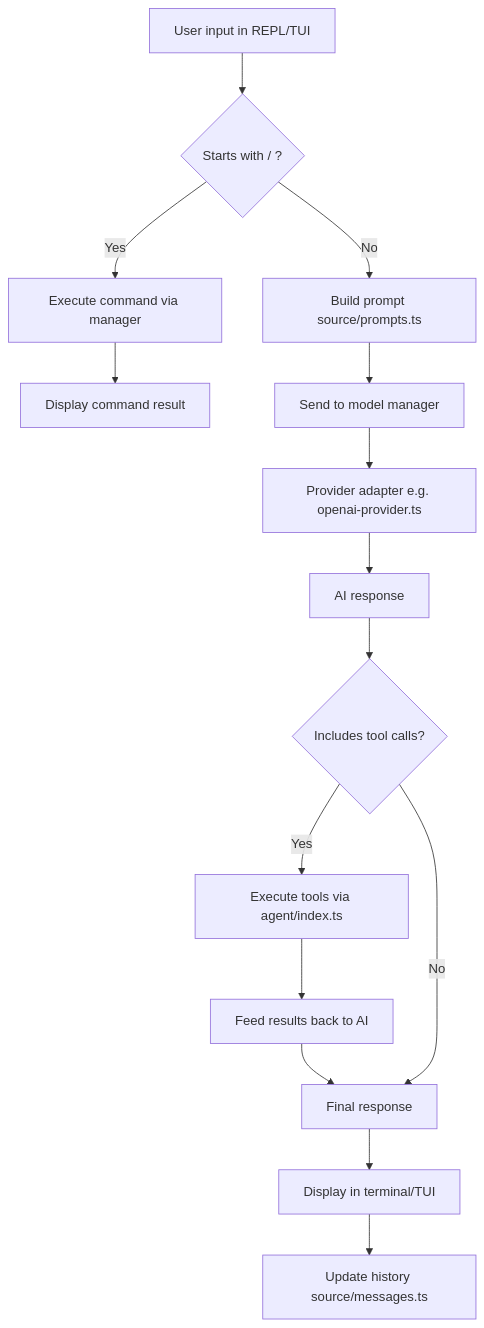
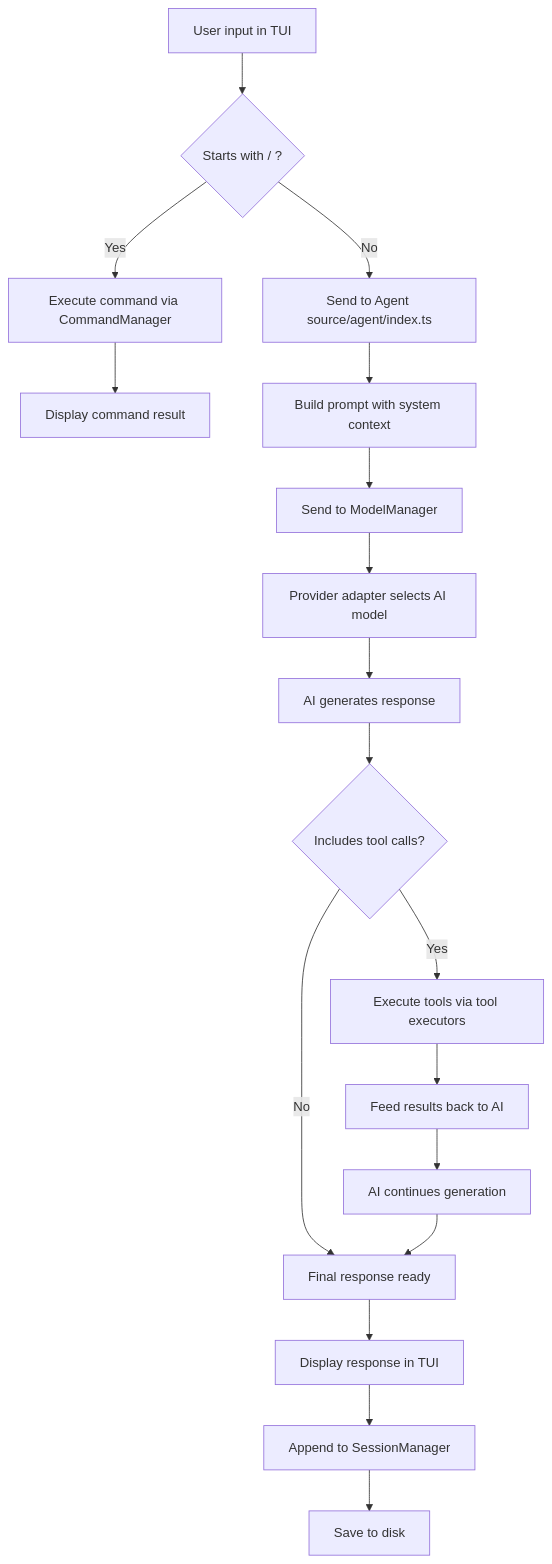
One commit to travisennis/acai-ts changed the second of 7 diagrams in ARCHITECTURE.md. Above: the diagram before and after it, drawn with Mermaid. The commit also changed other lines of this file, not shown here.

First line of the commit message:
docs(architecture): update ARCHITECTURE.md to reflect current project state

````diff
--- a/ARCHITECTURE.md
+++ b/ARCHITECTURE.md
@@ -477,17 +541,20 @@
 ```mermaid
 graph TD
-  A[User input in REPL/TUI] --> B{Starts with / ?}
-  B -->|Yes| C[Execute command via manager]
+  A[User input in TUI] --> B{Starts with / ?}
+  B -->|Yes| C[Execute command via CommandManager]
   C --> D[Display command result]
-  B -->|No| E[Build prompt source/prompts.ts]
-  E --> F[Send to model manager]
-  F --> G[Provider adapter e.g. openai-provider.ts]
-  G --> H[AI response]
-  H --> I{Includes tool calls?}
-  I -->|Yes| J[Execute tools via agent/index.ts]
-  J --> K[Feed results back to AI]
-  K --> L[Final response]
-  I -->|No| L
-  L --> M[Display in terminal/TUI]
-  M --> N[Update history source/messages.ts]
+  B -->|No| E[Send to Agent source/agent/index.ts]
+  E --> F[Build prompt with system context]
+  F --> G[Send to ModelManager]
+  G --> H[Provider adapter selects AI model]
+  H --> I[AI generates response]
+  I --> J{Includes tool calls?}
+  J -->|Yes| K[Execute tools via tool executors]
+  K --> L[Feed results back to AI]
+  L --> M[AI continues generation]
+  J -->|No| N[Final response ready]
+  M --> N
+  N --> O[Display response in TUI]
+  O --> P[Append to SessionManager]
+  P --> Q[Save to disk]
 ```
````
